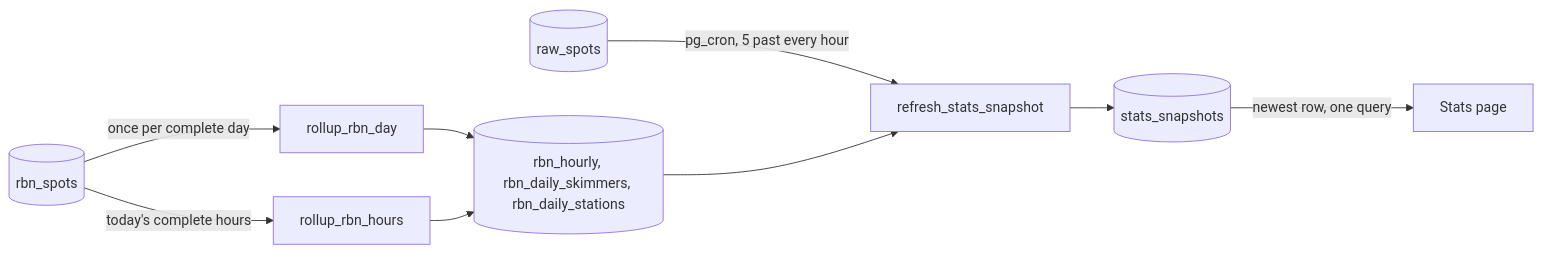
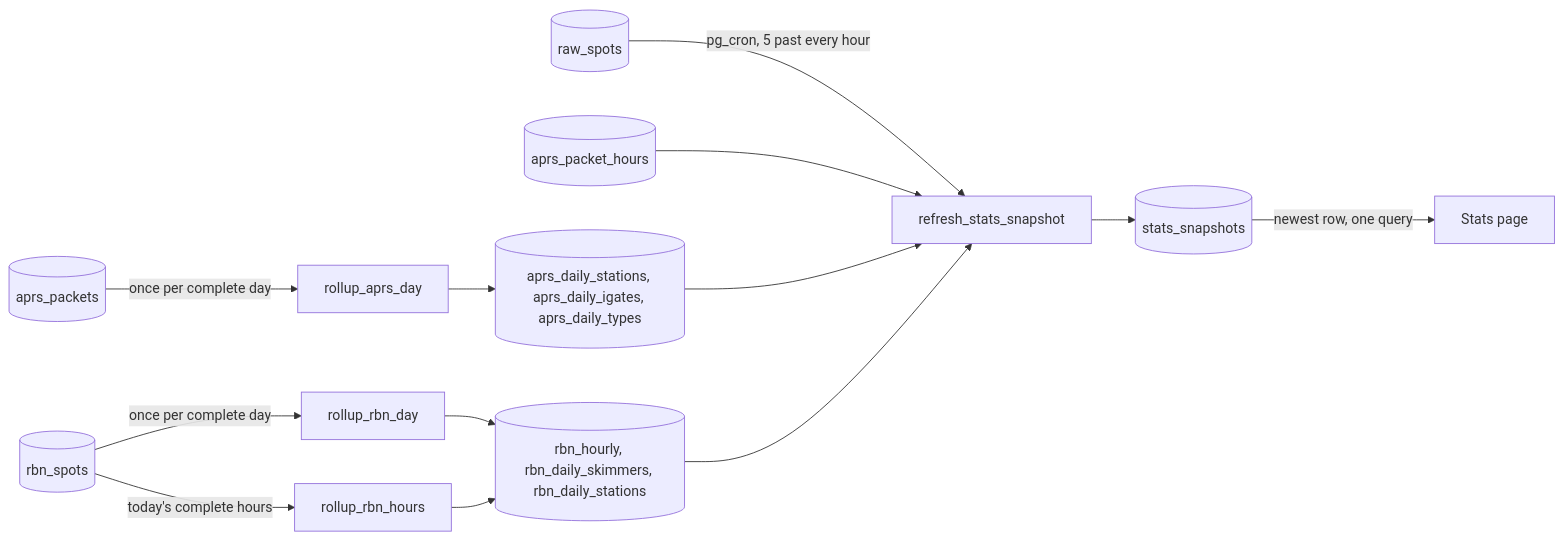
The fourth of 11 diagrams in docs/ARCHITECTURE.md (johnsonm/longlines), drawn with Mermaid before and after one commit. The commit also changed other lines of this file and 3 other files, not shown here.

Commit message:
Stats snapshot: APRS-IS packets per day and hour, stations, igates and packet types

````diff
--- a/docs/ARCHITECTURE.md
+++ b/docs/ARCHITECTURE.md
@@ -272,11 +272,15 @@
 ```mermaid
 flowchart LR
   R[(raw_spots)] -->|pg_cron, 5 past every hour| F[refresh_stats_snapshot]
   RB[(rbn_spots)] -->|once per complete day| U[rollup_rbn_day]
   RB -->|today's complete hours| UH[rollup_rbn_hours]
   U --> RR[(rbn_hourly, rbn_daily_skimmers, rbn_daily_stations)]
   UH --> RR
+  AP[(aprs_packets)] -->|once per complete day| UA[rollup_aprs_day]
+  UA --> AR[(aprs_daily_stations, aprs_daily_igates, aprs_daily_types)]
+  AH[(aprs_packet_hours)] --> F
+  AR --> F
   RR --> F
   F --> S[(stats_snapshots)]
   S -->|newest row, one query| W[Stats page]
 ```
````
